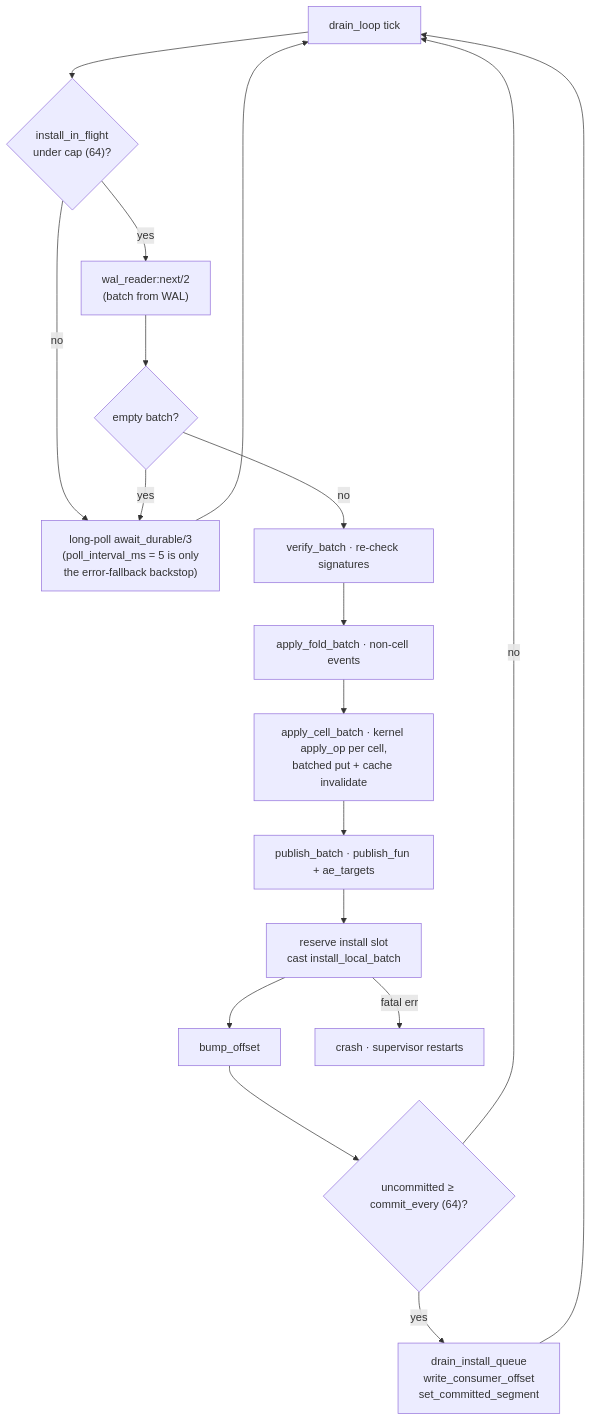
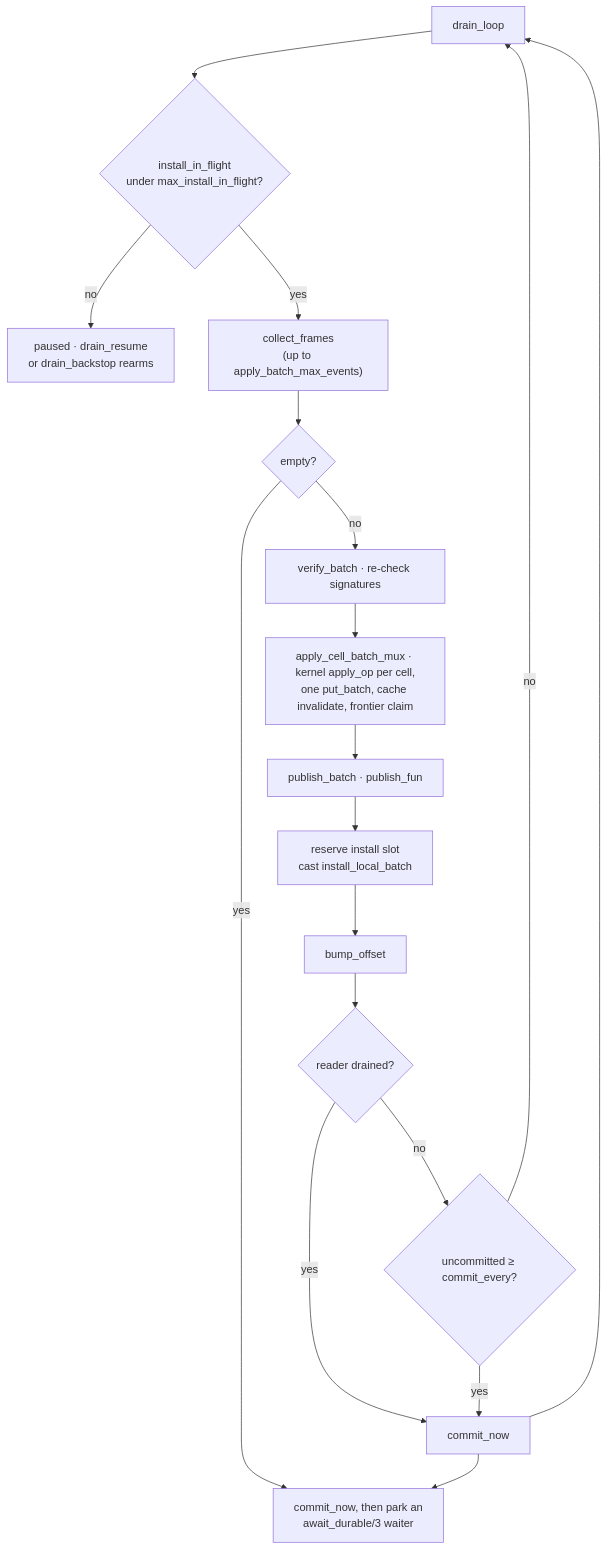
The third of 8 diagrams in apps/bondy_db/doc_extras/architecture/04_applier.md (bondy-io/bondy), drawn with Mermaid before and after one commit. The commit also changed other lines of this file and 449 other files, not shown here.

````diff
--- a/apps/bondy_db/doc_extras/architecture/04_applier.md
+++ b/apps/bondy_db/doc_extras/architecture/04_applier.md
@@ -97,26 +118,27 @@
 ```mermaid
 flowchart TB
-    LOOP["drain_loop tick"]
-    SLOT{"install_in_flight<br/>under cap (64)?"}
-    WAIT["long-poll await_durable/3<br/>(poll_interval_ms = 5 is only<br/>the error-fallback backstop)"]
-    READ["wal_reader:next/2<br/>(batch from WAL)"]
-    EMPTY{"empty batch?"}
+    LOOP["drain_loop"]
+    SLOT{"install_in_flight<br/>under max_install_in_flight?"}
+    PAUSE["paused · drain_resume<br/>or drain_backstop rearms"]
+    READ["collect_frames<br/>(up to apply_batch_max_events)"]
+    EMPTY{"empty?"}
+    IDLE["commit_now, then park an<br/>await_durable/3 waiter"]
     VERIFY["verify_batch · re-check signatures"]
-    FOLD["apply_fold_batch · non-cell events"]
-    CELL["apply_cell_batch · kernel apply_op per cell,<br/>batched put + cache invalidate"]
-    PUB["publish_batch · publish_fun + ae_targets"]
+    CELL["apply_cell_batch_mux · kernel apply_op per cell,<br/>one put_batch, cache invalidate, frontier claim"]
+    PUB["publish_batch · publish_fun"]
     INSTALL["reserve install slot<br/>cast install_local_batch"]
     BUMP["bump_offset"]
-    CMT{"uncommitted ≥ commit_every (64)?"}
-    COMMIT["drain_install_queue<br/>write_consumer_offset<br/>set_committed_segment"]
-    CRASH["crash · supervisor restarts"]
+    MORE{"reader drained?"}
+    CMT{"uncommitted ≥ commit_every?"}
+    COMMIT["commit_now"]
 
     LOOP --> SLOT
-    SLOT -->|no| WAIT --> LOOP
+    SLOT -->|no| PAUSE
     SLOT -->|yes| READ --> EMPTY
-    EMPTY -->|yes| WAIT
-    EMPTY -->|no| VERIFY --> FOLD --> CELL --> PUB --> INSTALL --> BUMP --> CMT
+    EMPTY -->|yes| IDLE
+    EMPTY -->|no| VERIFY --> CELL --> PUB --> INSTALL --> BUMP --> MORE
+    MORE -->|yes| COMMIT --> IDLE
+    MORE -->|no| CMT
     CMT -->|no| LOOP
     CMT -->|yes| COMMIT --> LOOP
-    INSTALL -->|"fatal err"| CRASH
 ```
````
